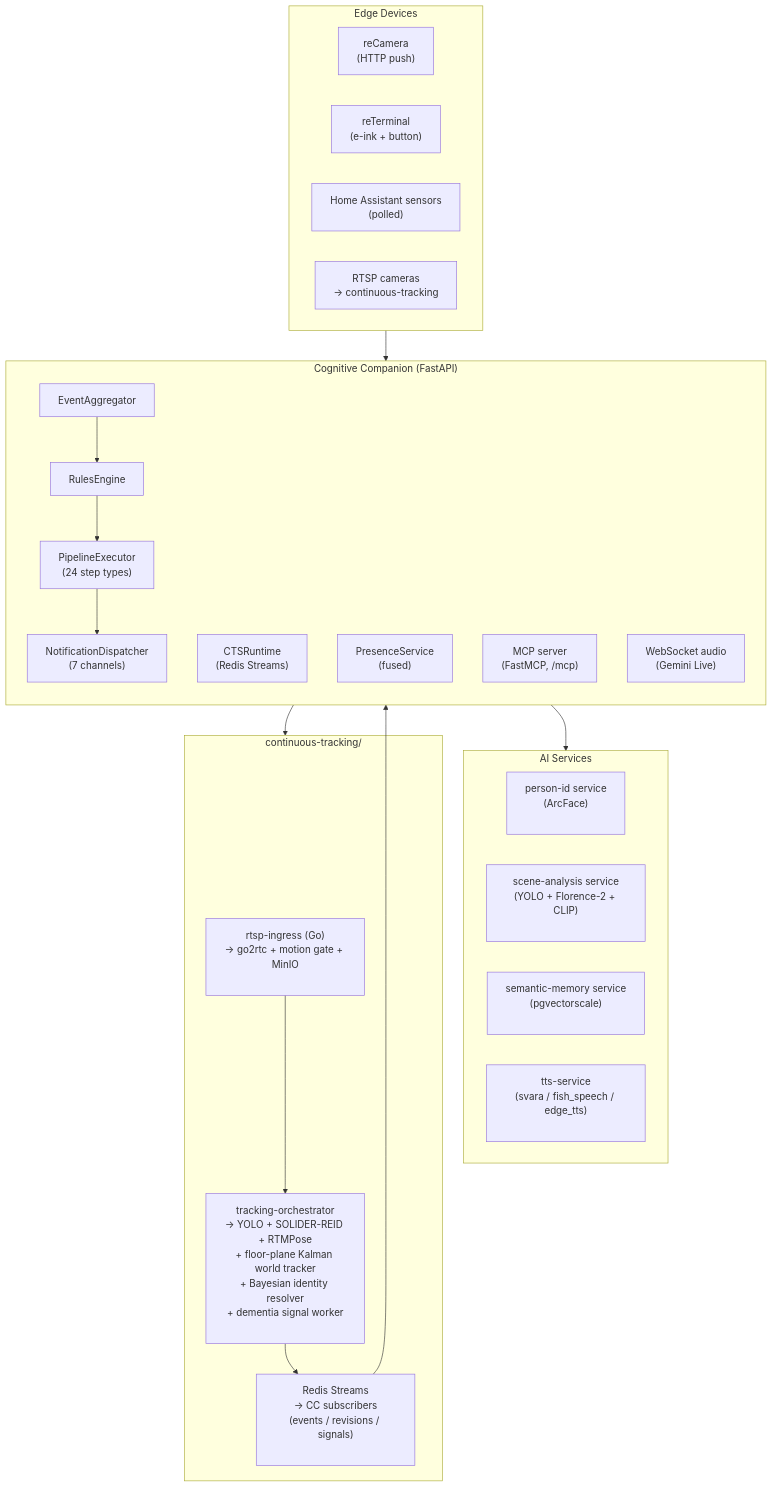
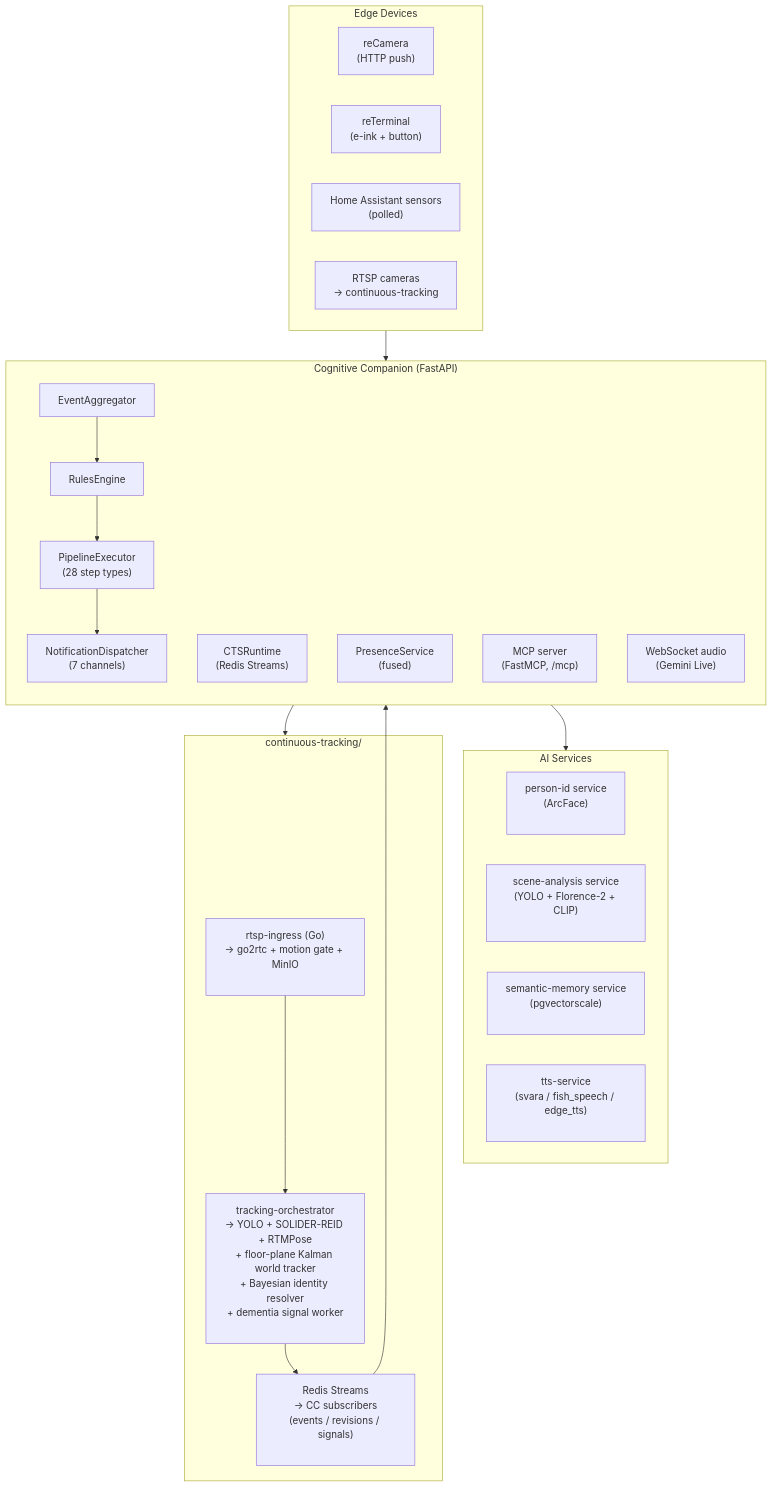
The diagram in docs/guide/introduction.md (SilverMind-Project/SilverMind-Project.github.io), drawn with Mermaid before and after one commit. The commit also changed other lines of this file and 14 other files, not shown here.

````diff
--- a/docs/guide/introduction.md
+++ b/docs/guide/introduction.md
@@ -28,41 +28,41 @@
 ```mermaid
 flowchart TB
     subgraph Edge["Edge Devices"]
         reCamera["reCamera<br/>(HTTP push)"]
         reTerminal["reTerminal<br/>(e-ink + button)"]
         HA["Home Assistant sensors<br/>(polled)"]
         RTSP["RTSP cameras<br/>→ continuous-tracking"]
     end
 
     subgraph CC["Cognitive Companion (FastAPI)"]
         direction TB
         Aggregator["EventAggregator"]
         RulesEngine["RulesEngine"]
-        Executor["PipelineExecutor<br/>(24 step types)"]
+        Executor["PipelineExecutor<br/>(28 step types)"]
         Dispatcher["NotificationDispatcher<br/>(7 channels)"]
         CTS["CTSRuntime<br/>(Redis Streams)"]
         Presence["PresenceService<br/>(fused)"]
         MCP["MCP server<br/>(FastMCP, /mcp)"]
         WS["WebSocket audio<br/>(Gemini Live)"]
         Aggregator --> RulesEngine --> Executor --> Dispatcher
     end
 
     subgraph Services["AI Services"]
         PersonID["person-id service<br/>(ArcFace)<br/>&nbsp;"]
         SceneAnalysis["scene-analysis service<br/>(YOLO + Florence-2 + CLIP)<br/>&nbsp;"]
         SemanticMemory["semantic-memory service<br/>(pgvectorscale)<br/>&nbsp;"]
         TTS["tts-service<br/>(svara / fish_speech / edge_tts)<br/>&nbsp;"]
     end
 
     subgraph CTS_["continuous-tracking/"]
         Ingress["rtsp-ingress (Go)<br/>→ go2rtc + motion gate + MinIO<br/>&nbsp;"]
         Orchestrator["tracking-orchestrator<br/>→ YOLO + SOLIDER-REID + RTMPose<br/>+ floor-plane Kalman world tracker<br/>+ Bayesian identity resolver<br/>+ dementia signal worker<br/>&nbsp;"]
         Redis["Redis Streams<br/>→ CC subscribers<br/>(events / revisions / signals)<br/>&nbsp;"]
         Ingress --> Orchestrator --> Redis
     end
 
     Edge --> CC
     CC --> Services
     CC --> CTS_
     Redis --> CC
 ```
````
